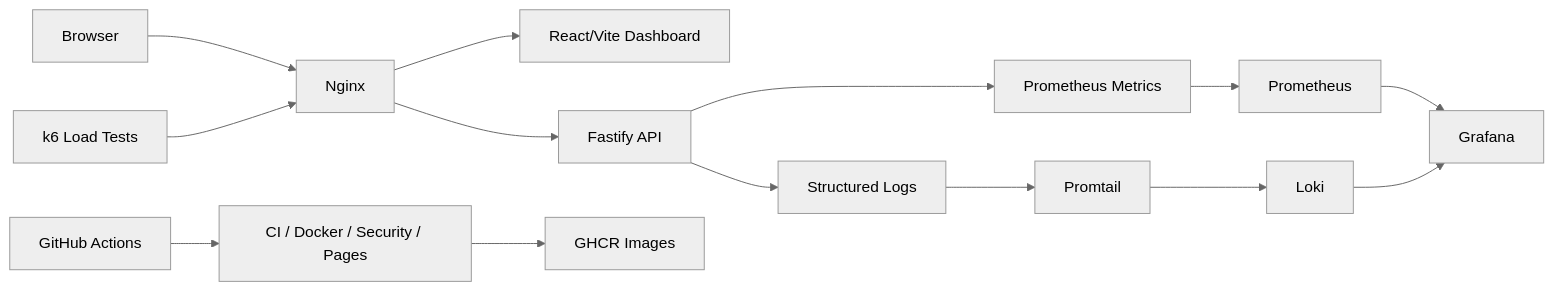
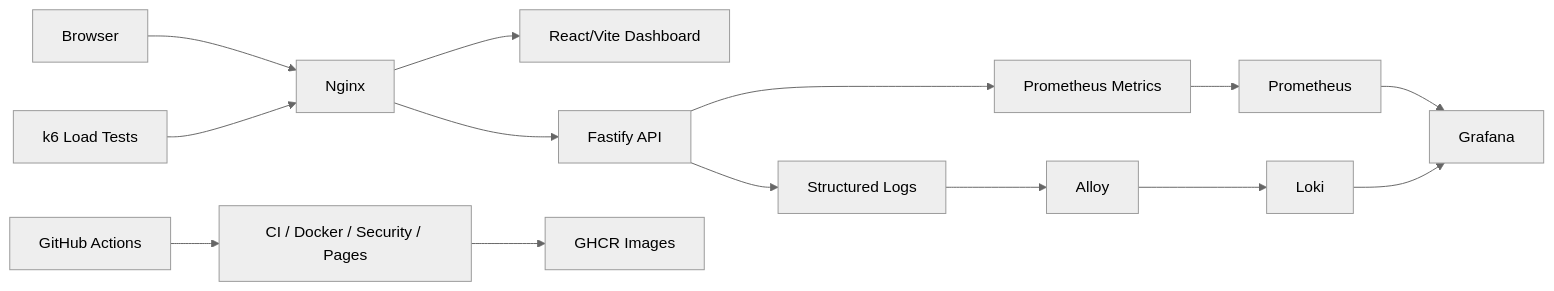
One commit to itkrivoshei/production-app-infrastructure changed the diagram in README.md. Above: the diagram before and after it, drawn with Mermaid (neutral theme). The commit also changed other lines of this file and 85 other files, not shown here.

````diff
--- a/README.md
+++ b/README.md
@@ -33,20 +33,20 @@
 ```mermaid
 flowchart LR
   User[Browser] --> Nginx[Nginx]
   Nginx --> Web[React/Vite Dashboard]
   Nginx --> API[Fastify API]
 
   API --> Metrics[Prometheus Metrics]
   API --> Logs[Structured Logs]
 
   Metrics --> Prometheus[Prometheus]
-  Logs --> Promtail[Promtail]
-  Promtail --> Loki[Loki]
+  Logs --> Alloy[Alloy]
+  Alloy --> Loki[Loki]
 
   Prometheus --> Grafana[Grafana]
   Loki --> Grafana
 
   K6["k6 Load Tests"] --> Nginx
   Actions[GitHub Actions] --> CI[CI / Docker / Security / Pages]
   CI --> GHCR[GHCR Images]
 ```
````
